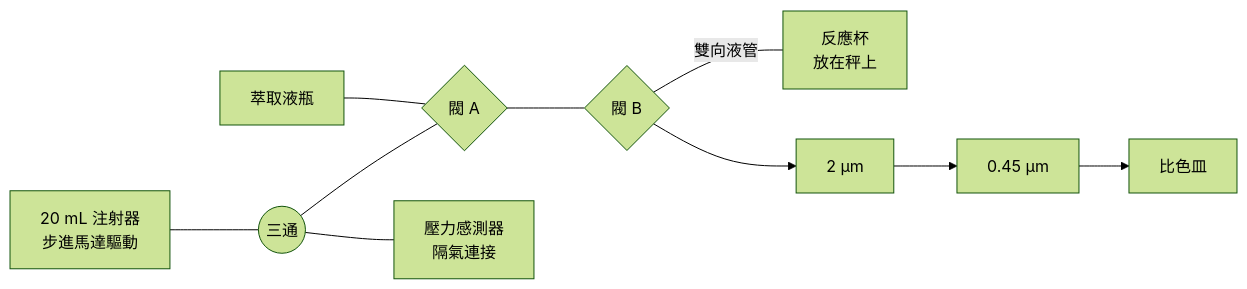
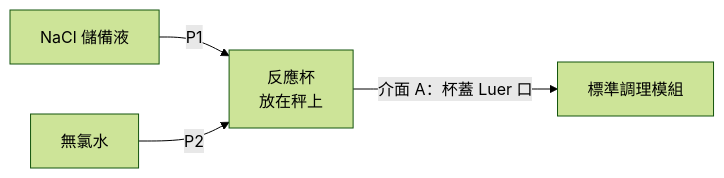
One commit to davidlueng986-alt/igem-mercury-extraction-platform changed the second of 3 diagrams in docs/01-soil-nacl-module.md. Above: the diagram before and after it, drawn with Mermaid (forest theme). The commit also changed other lines of this file and 2 other files, not shown here.

````diff
--- a/docs/01-soil-nacl-module.md
+++ b/docs/01-soil-nacl-module.md
@@ -80,10 +83,6 @@
 ```mermaid
 flowchart LR
-  BOT[萃取液瓶] --- VA{閥 A}
-  SYR[20 mL 注射器<br/>步進馬達驅動] --- T((三通))
-  T --- PS[壓力感測器<br/>隔氣連接]
-  T --- VA
-  VA --- VB{閥 B}
-  VB ---|雙向液管| CUP[反應杯<br/>放在秤上]
-  VB --> F1[2 µm] --> F2[0.45 µm] --> OUT[比色皿]
+  R1[NaCl 儲備液] -->|P1| CUP
+  R2[無氯水] -->|P2| CUP
+  CUP[反應杯<br/>放在秤上] -->|介面 A：杯蓋 Luer 口| C[標準調理模組]
 ```
````
